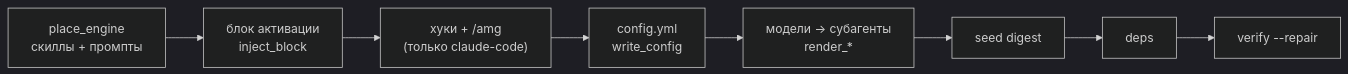
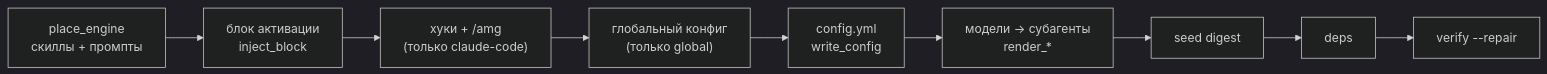
Before and after one commit to Kvazar123/llm-amg: the second of 2 diagrams in docs/ru/architecture/12-install.md, drawn with Mermaid (dark theme). The commit also changed other lines of this file and 9 other files, not shown here.

````diff
--- a/docs/ru/architecture/12-install.md
+++ b/docs/ru/architecture/12-install.md
@@ -43,8 +45,9 @@
 ```mermaid
 flowchart LR
     PE["place_engine<br/>скиллы + промпты"] --> BL["блок активации<br/>inject_block"]
     BL --> HC["хуки + /amg<br/>(только claude-code)"]
-    HC --> CF["config.yml<br/>write_config"]
+    HC --> GC["глобальный конфиг<br/>(только global)"]
+    GC --> CF["config.yml<br/>write_config"]
     CF --> MD["модели → субагенты<br/>render_*"]
     MD --> DG["seed digest"] --> DE["deps"] --> VF["verify --repair"]
 ```
````
